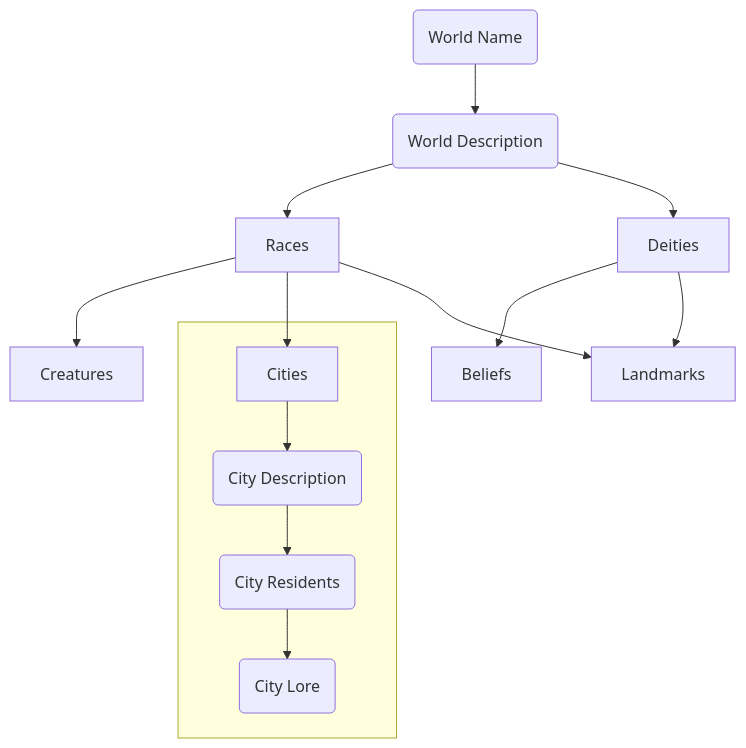
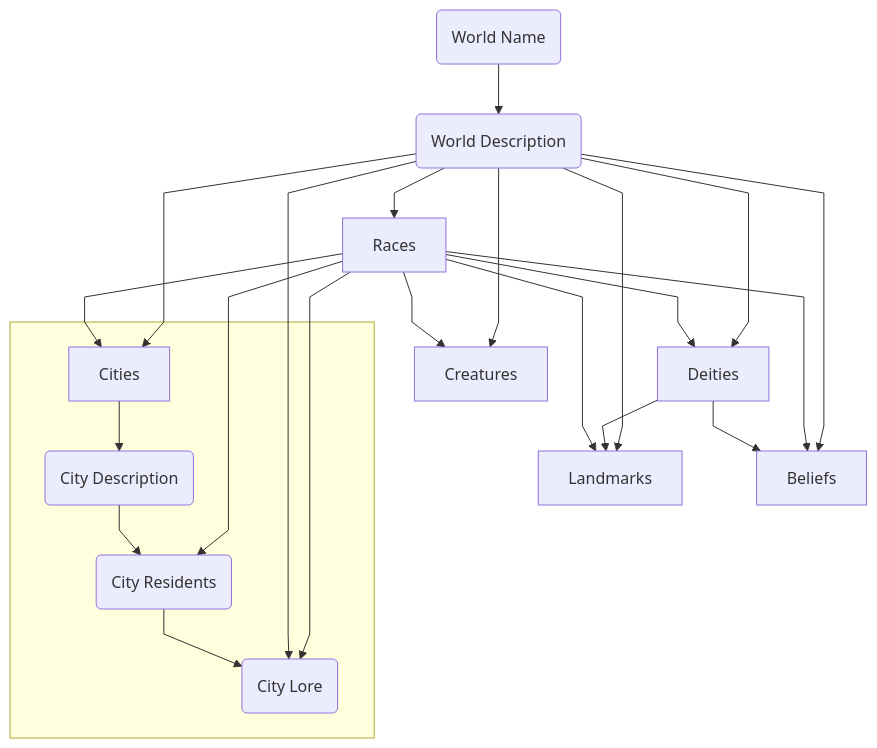
One commit to thoppe/mythical-mentor changed the diagram in README.md. Above: the diagram before and after it, drawn with Mermaid.

Commit message:
Update image

````diff
--- a/README.md
+++ b/README.md
@@ -4,18 +4,30 @@
 ```mermaid
+%%{ init : { "theme" : "default", "flowchart" : { "curve" : "linear" }}}%%
+
 flowchart TD
     WName(World Name) --> WorldDesc(World Description)
     WorldDesc --> Races
+    WorldDesc --> Creatures
+    WorldDesc --> Landmarks
+    WorldDesc --> Deities
+    WorldDesc --> Cities
+    WorldDesc --> Beliefs
+
     Races --> Creatures
     Races --> Cities
-    WorldDesc --> Deities
-    
+    Races --> Deities
+    Races --> Beliefs
+    Races --> CITY2
+    Races --> CITY3
+    WorldDesc --> CITY3
+
     Deities --> Beliefs
     Deities --> Landmarks
     Races --> Landmarks
 
     subgraph city [ ]
       Cities --> CITY1(City Description)
       CITY1 --> CITY2(City Residents)
       CITY2 --> CITY3(City Lore)
     end
 ```
````
